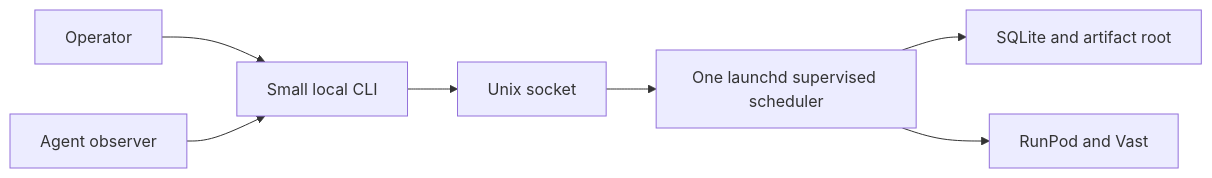
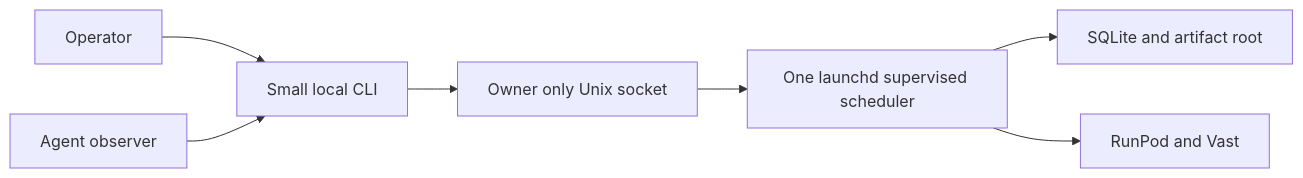
Before and after one commit to ethanelasky/debate: the second of 8 diagrams in docs/job_scheduler.md, drawn with Mermaid. The commit also changed other lines of this file and 2 other files, not shown here.

````diff
--- a/docs/job_scheduler.md
+++ b/docs/job_scheduler.md
@@ -191,9 +119,9 @@
 ```mermaid
 flowchart LR
     O[Operator] --> C[Small local CLI]
-    C --> U[Unix socket]
+    C --> U[Owner only Unix socket]
     U --> A[One launchd supervised scheduler]
     A --> D[SQLite and artifact root]
     A --> P[RunPod and Vast]
     G[Agent observer] --> C
 ```
````
